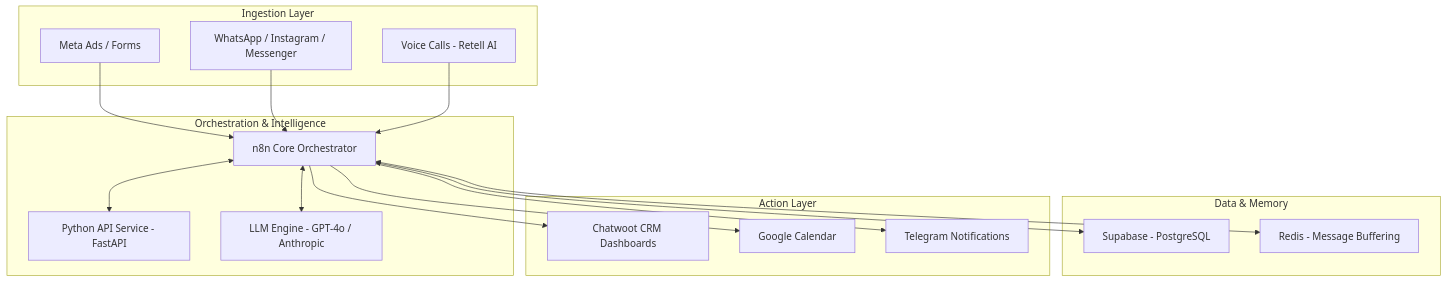
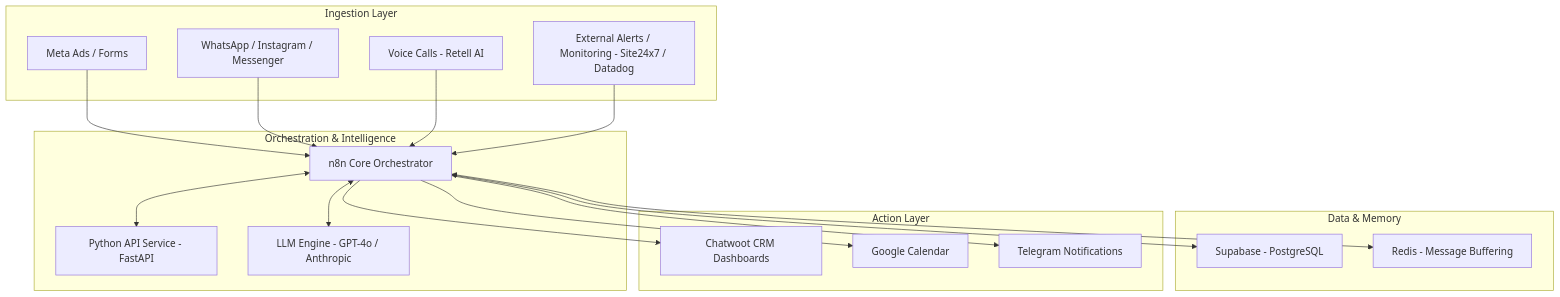
Before and after one commit to SimplyVisio/n8n_projects_by_Santiago_Ramirez: the diagram in README.md, drawn with Mermaid. The commit also changed other lines of this file and 24 other files, not shown here.

Commit message:
feat: add autonomous AI DevOps Incident Triage module & update architecture diagram

````diff
--- a/README.md
+++ b/README.md
@@ -13,41 +13,43 @@
 ```mermaid
 graph TD
     %% Entry Points
     subgraph "Ingestion Layer"
         MA[Meta Ads / Forms]
         WA[WhatsApp / Instagram / Messenger]
         VC[Voice Calls - Retell AI]
+        AL[External Alerts / Monitoring - Site24x7 / Datadog]
     end
 
     %% Processing
     subgraph "Orchestration & Intelligence"
         N8N[n8n Core Orchestrator]
         PY[Python API Service - FastAPI]
         AI[LLM Engine - GPT-4o / Anthropic]
     end
 
     %% Persistence
     subgraph "Data & Memory"
         DB[Supabase - PostgreSQL]
         RD[Redis - Message Buffering]
     end
 
     %% Output/Action
     subgraph "Action Layer"
         CW[Chatwoot CRM Dashboards]
         GC[Google Calendar]
         TG[Telegram Notifications]
     end
 
     %% Connections
     MA --> N8N
     WA --> N8N
     VC --> N8N
+    AL --> N8N
     N8N <--> PY
     N8N <--> AI
     N8N <--> DB
     N8N <--> RD
     N8N --> CW
     N8N --> GC
     N8N --> TG
 ```
````
